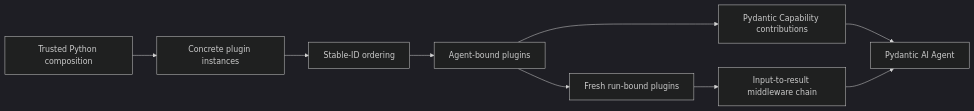
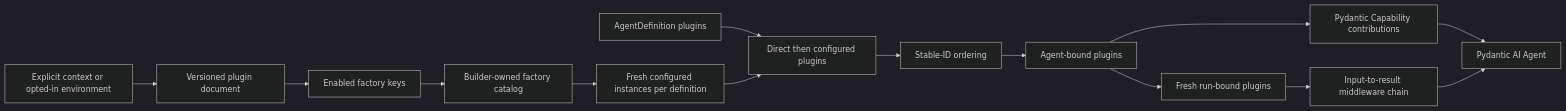
Before and after one commit to LTThreeComma/agent-foundation: the diagram in spec/agent-harness/05-plugin-system.md, drawn with Mermaid (dark theme). The commit also changed other lines of this file and 42 other files, not shown here.

First line of the commit message:
feat(harness): add configured plugin loading

````diff
--- a/spec/agent-harness/05-plugin-system.md
+++ b/spec/agent-harness/05-plugin-system.md
@@ -11,11 +13,16 @@
 ```mermaid
 flowchart LR
-    Host[Trusted Python composition] --> Plugins[Concrete plugin instances]
-    Plugins --> Order[Stable-ID ordering]
+    Direct[AgentDefinition plugins] --> Merge[Direct then configured plugins]
+    Source[Explicit context or opted-in environment] --> Document[Versioned plugin document]
+    Document --> Selected[Enabled factory keys]
+    Selected --> Catalog[Builder-owned factory catalog]
+    Catalog --> Fresh[Fresh configured instances per definition]
+    Fresh --> Merge
+    Merge --> Order[Stable-ID ordering]
     Order --> AgentBind[Agent-bound plugins]
     AgentBind --> Caps[Pydantic Capability contributions]
     AgentBind --> RunBind[Fresh run-bound plugins]
     RunBind --> Chain[Input-to-result middleware chain]
     Caps --> Agent[Pydantic AI Agent]
     Chain --> Agent
 ```
````
